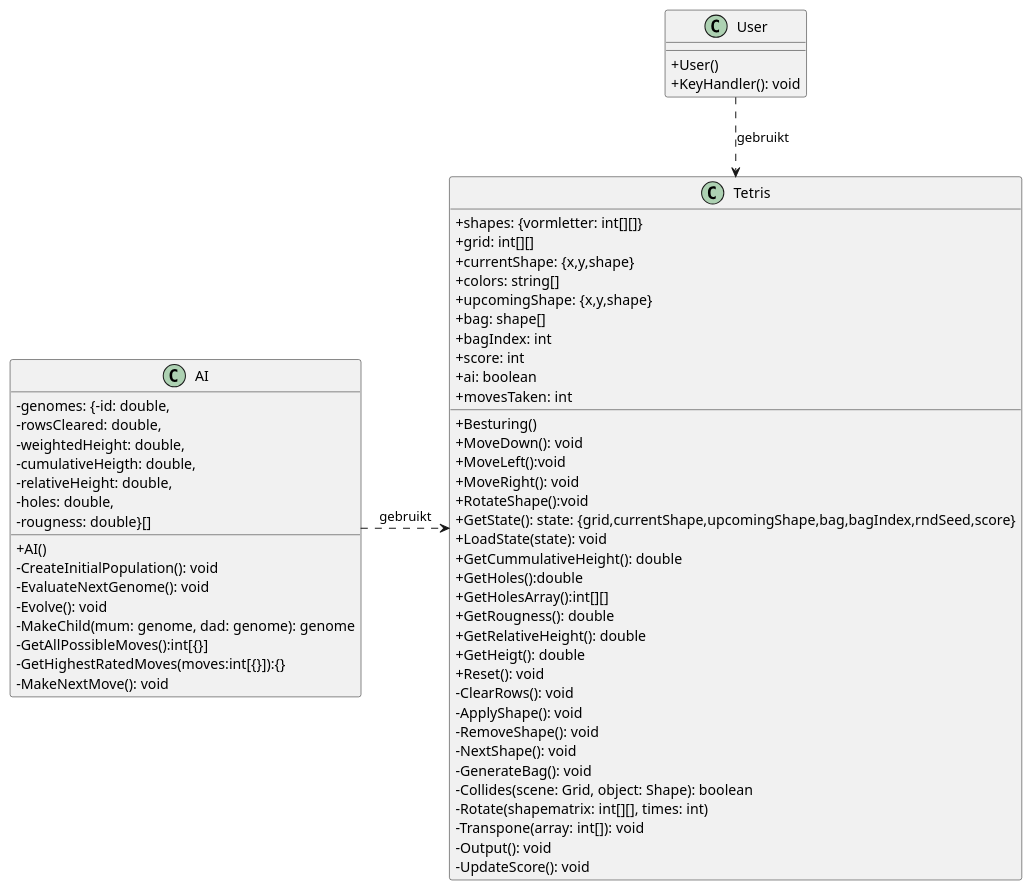
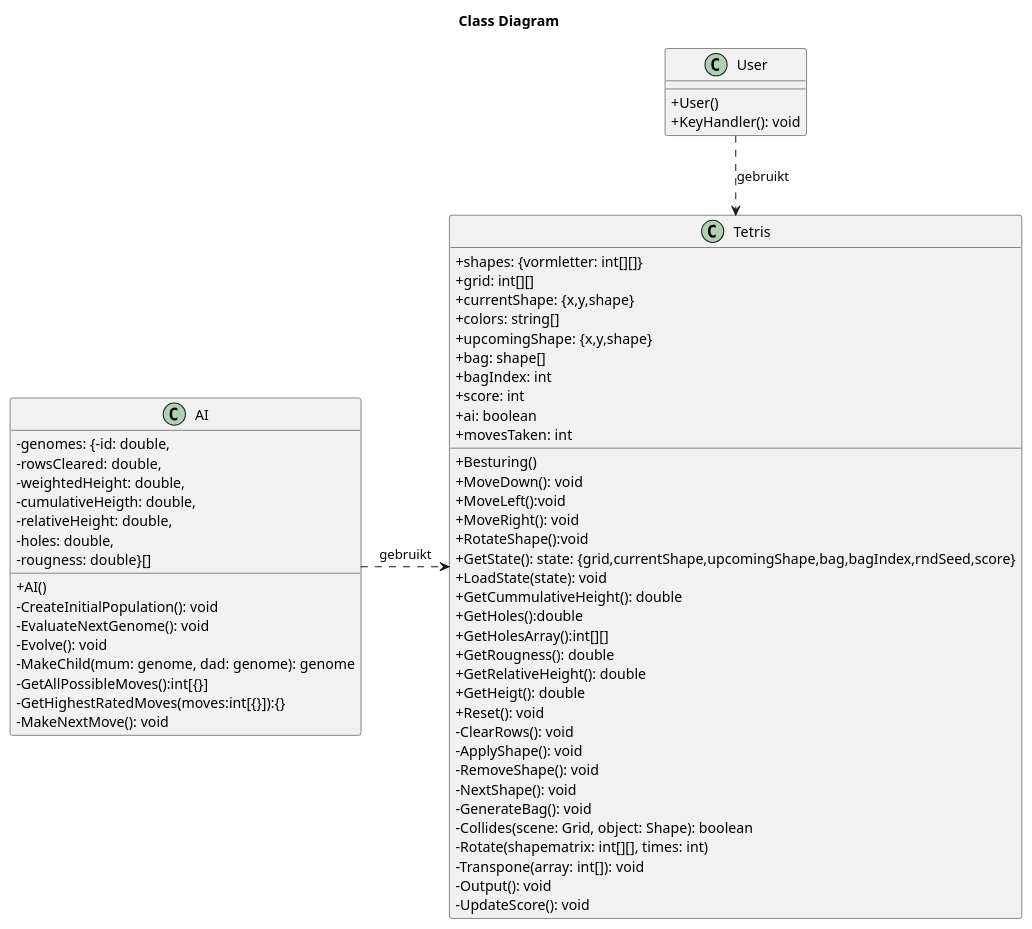
One commit to matissecallewaert/ai-tetris changed the diagram in Analyse/Class.puml. Above: the diagram before and after it, drawn with PlantUML. The commit also changed 3 other files, not shown here.

Commit message:
Analyse: Add title to class diagrams

```diff
--- a/Analyse/Class.puml
+++ b/Analyse/Class.puml
@@ -1,62 +1,65 @@
 @startuml klassediagram tetrisAI
+
+title ==Class Diagram==
+
 skinparam ClassAttributeIconSize 0
 class Tetris{
     +shapes: {vormletter: int[][]}
     +grid: int[][]
     +currentShape: {x,y,shape}
     +colors: string[]
     +upcomingShape: {x,y,shape}
     +bag: shape[]
     +bagIndex: int
     +score: int
     +ai: boolean
     +movesTaken: int
     +Besturing()
     +MoveDown(): void
     +MoveLeft():void
     +MoveRight(): void
     +RotateShape():void
     +GetState(): state: {grid,currentShape,upcomingShape,bag,bagIndex,rndSeed,score}
     +LoadState(state): void
     +GetCummulativeHeight(): double
     +GetHoles():double
     +GetHolesArray():int[][]
     +GetRougness(): double
     +GetRelativeHeight(): double
     +GetHeigt(): double
     +Reset(): void
     -ClearRows(): void
     -ApplyShape(): void
     -RemoveShape(): void
     -NextShape(): void
     -GenerateBag(): void
     -Collides(scene: Grid, object: Shape): boolean
     -Rotate(shapematrix: int[][], times: int)
     -Transpone(array: int[]): void
     -Output(): void
     -UpdateScore(): void
 }
 class AI{
     -genomes: {-id: double,
         -rowsCleared: double,
         -weightedHeight: double,
         -cumulativeHeigth: double,
         -relativeHeight: double,
         -holes: double,
         -rougness: double}[]
     +AI()
     -CreateInitialPopulation(): void
     -EvaluateNextGenome(): void
     -Evolve(): void
     -MakeChild(mum: genome, dad: genome): genome
     -GetAllPossibleMoves():int[{}]
     -GetHighestRatedMoves(moves:int[{}]):{}
     -MakeNextMove(): void
 }
 class User{
     +User()
     +KeyHandler(): void
 }
 User ..> Tetris: gebruikt
 AI .> Tetris: gebruikt
 @enduml
```
